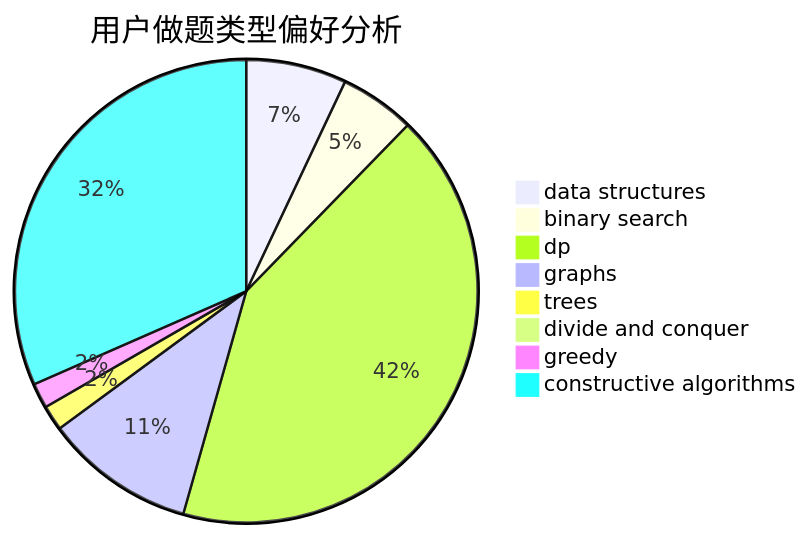
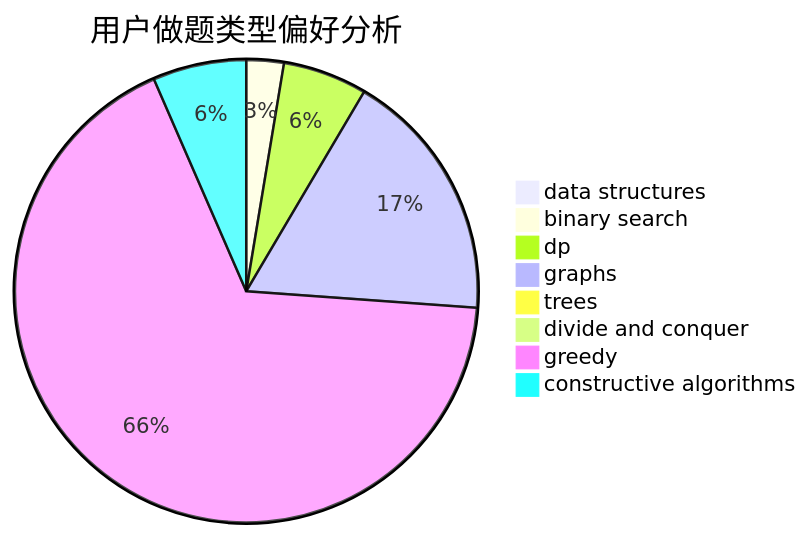
The second of 3 diagrams in docs/user/u2731.md (sherpahu/cfrs.github.io), drawn with Mermaid before and after one commit. The commit also changed other lines of this file and 2770 other files, not shown here.

````diff
--- a/docs/user/u2731.md
+++ b/docs/user/u2731.md
@@ -23,11 +23,11 @@
 ```mermaid
 pie title 用户做题类型偏好分析
-    "data structures" :  4
-    "binary search" :  3
-    "dp" :  24
-    "graphs" :  6
-    "trees" :  1
-    "divide and conquer" :  0
-    "greedy" :  1
-    "constructive algorithms" :  18
+    "data structures" :  1
+    "binary search" :  4
+    "dp" :  9
+    "graphs" :  27
+    "trees" :  0
+    "divide and conquer" :  1
+    "greedy" :  103
+    "constructive algorithms" :  10
 ```
````
